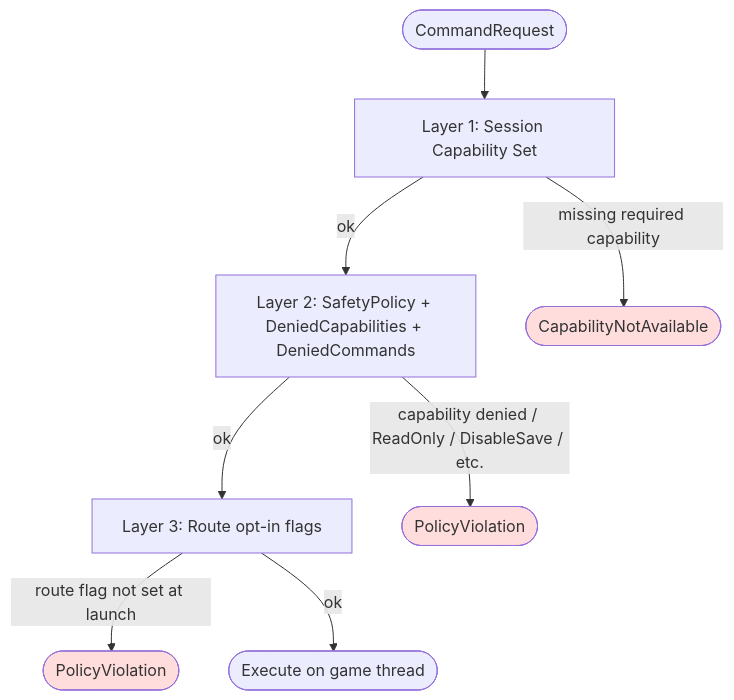
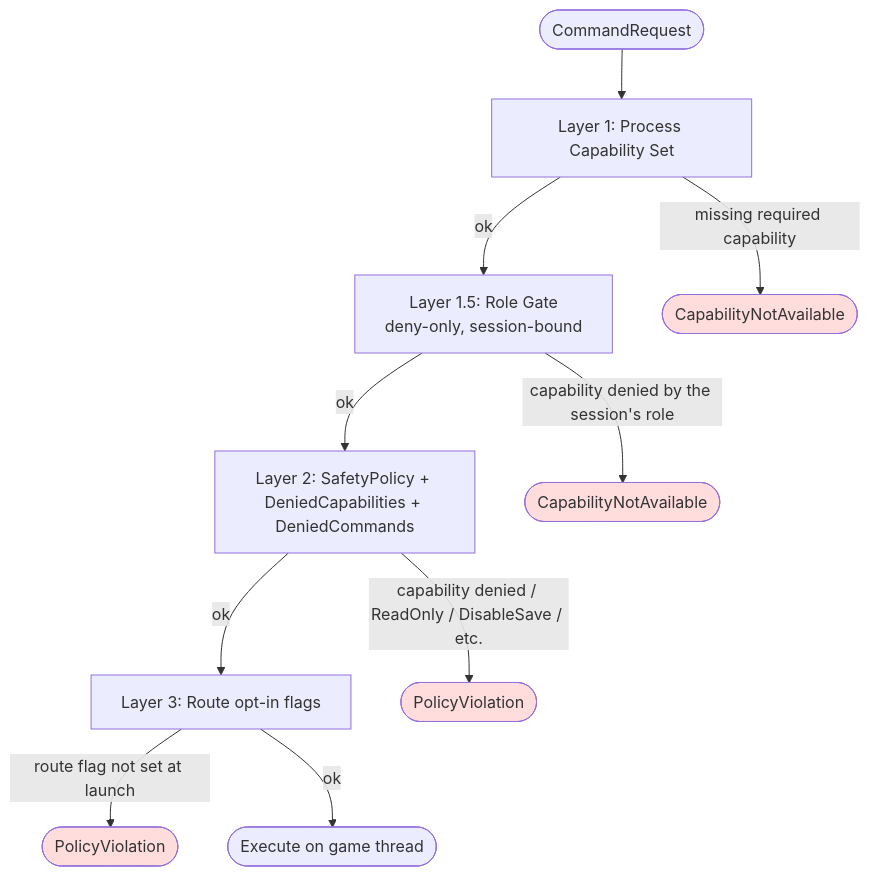
Before and after one commit to Naotsun19B/UnrealAIIntegrationPlatform-Document: the first of 2 diagrams in docs/en/safety.md, drawn with Mermaid. The commit also changed other lines of this file and 9 other files, not shown here.

First line of the commit message:
docs: document role-based capability downgrade (Layer 1.5)

````diff
--- a/docs/en/safety.md
+++ b/docs/en/safety.md
@@ -17,20 +20,24 @@
 ```mermaid
 flowchart TB
     Cmd([CommandRequest])
-    L1[Layer 1: Session Capability Set]
+    L1[Layer 1: Process Capability Set]
+    L15[Layer 1.5: Role Gate<br/>deny-only, session-bound]
     L2[Layer 2: SafetyPolicy + DeniedCapabilities + DeniedCommands]
     L3[Layer 3: Route opt-in flags]
     Exec([Execute on game thread])
 
     Cmd --> L1
     L1 -- "missing required capability" --> E1([CapabilityNotAvailable])
-    L1 -- ok --> L2
+    L1 -- ok --> L15
+    L15 -- "capability denied by the session's role" --> E15([CapabilityNotAvailable])
+    L15 -- ok --> L2
     L2 -- "capability denied / ReadOnly / DisableSave / etc." --> E2([PolicyViolation])
     L2 -- ok --> L3
     L3 -- "route flag not set at launch" --> E3([PolicyViolation])
     L3 -- ok --> Exec
 
     style E1 fill:#fdd
+    style E15 fill:#fdd
     style E2 fill:#fdd
     style E3 fill:#fdd
 ```
````
